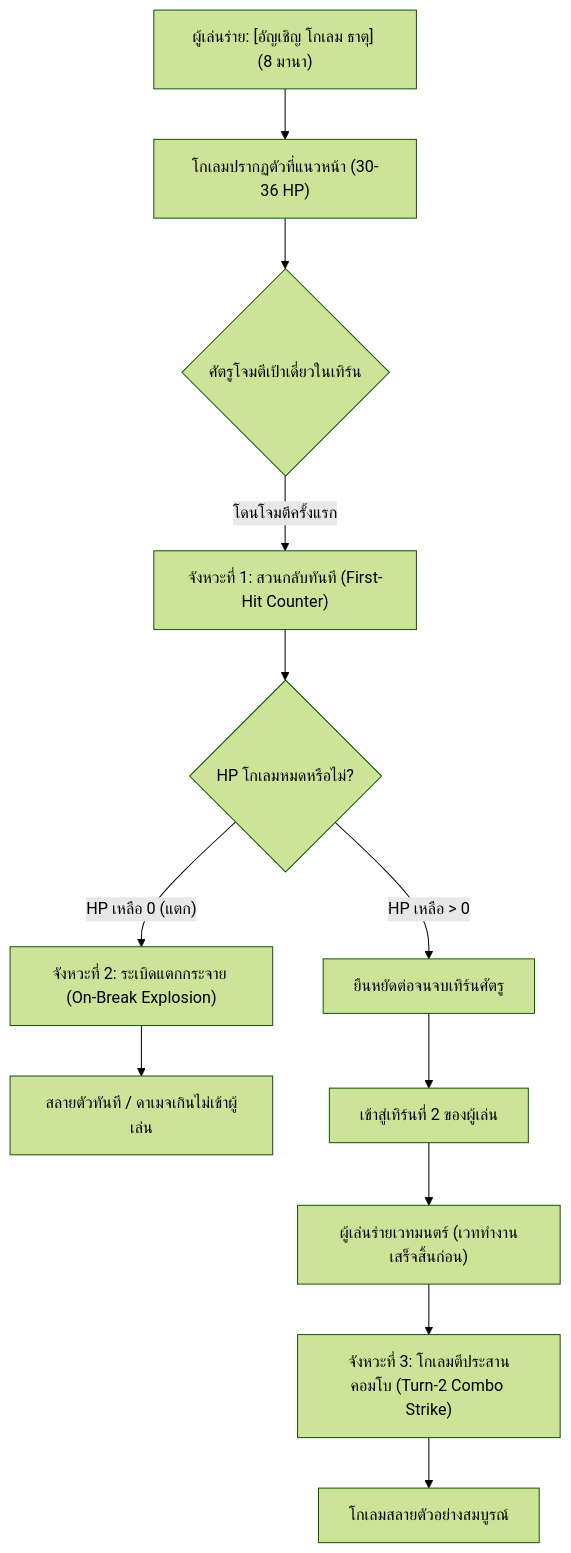
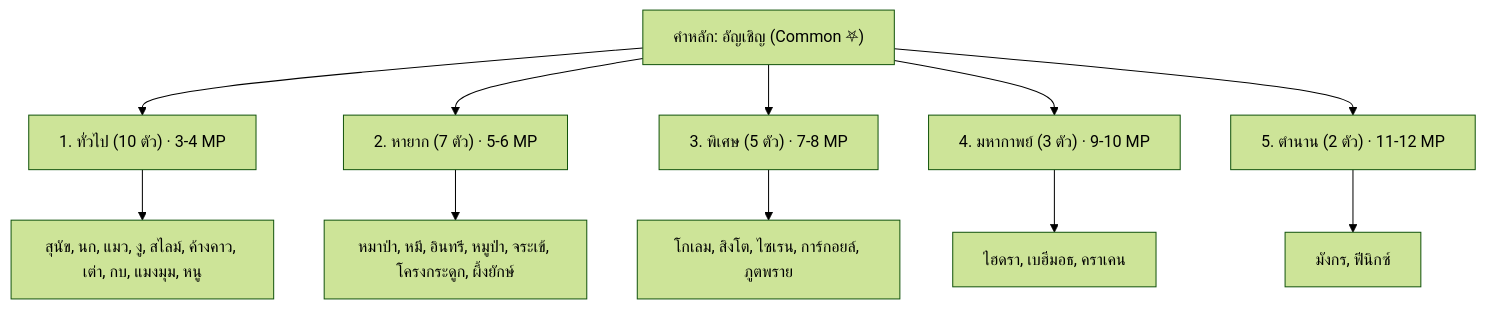
The diagram in DESIGN_SUMMON_SYSTEM.md (tjiravallop/Spell-Project), drawn with Mermaid (forest theme) before and after one commit. The commit also changed other lines of this file and 1 other file, not shown here.

Commit message:
docs: expand summon system to 27 creatures and mana scaling rules

````diff
--- a/DESIGN_SUMMON_SYSTEM.md
+++ b/DESIGN_SUMMON_SYSTEM.md
@@ -86,14 +79,15 @@
 ```mermaid
-flowchart TD
-    A["ผู้เล่นร่าย: [อัญเชิญ โกเลม ธาตุ] (8 มานา)"] --> B["โกเลมปรากฏตัวที่แนวหน้า (30-36 HP)"]
-    B --> C{"ศัตรูโจมตีเป้าเดี่ยวในเทิร์น"}
-    C -->|"โดนโจมตีครั้งแรก"| D["จังหวะที่ 1: สวนกลับทันที (First-Hit Counter)"]
-    D --> E{"HP โกเลมหมดหรือไม่?"}
-    E -->|"HP เหลือ > 0"| F["ยืนหยัดต่อจนจบเทิร์นศัตรู"]
-    E -->|"HP เหลือ 0 (แตก)"| G["จังหวะที่ 2: ระเบิดแตกกระจาย (On-Break Explosion)"]
-    G --> H["สลายตัวทันที / ดาเมจเกินไม่เข้าผู้เล่น"]
-    F --> I["เข้าสู่เทิร์นที่ 2 ของผู้เล่น"]
-    I --> J["ผู้เล่นร่ายเวทมนตร์ (เวททำงานเสร็จสิ้นก่อน)"]
-    J --> K["จังหวะที่ 3: โกเลมตีประสานคอมโบ (Turn-2 Combo Strike)"]
-    K --> L["โกเลมสลายตัวอย่างสมบูรณ์"]
+graph TD
+    Summon["คำหลัก: อัญเชิญ (Common ⛧)"]
+    Summon --> Common["1. ทั่วไป (10 ตัว) · 3-4 MP"]
+    Summon --> Rare["2. หายาก (7 ตัว) · 5-6 MP"]
+    Summon --> Special["3. พิเศษ (5 ตัว) · 7-8 MP"]
+    Summon --> Epic["4. มหากาพย์ (3 ตัว) · 9-10 MP"]
+    Summon --> Legendary["5. ตำนาน (2 ตัว) · 11-12 MP"]
+    
+    Common --> C_List["สุนัข, นก, แมว, งู, สไลม์, ค้างคาว, เต่า, กบ, แมงมุม, หนู"]
+    Rare --> R_List["หมาป่า, หมี, อินทรี, หมูป่า, จระเข้, โครงกระดูก, ผึ้งยักษ์"]
+    Special --> S_List["โกเลม, สิงโต, ไซเรน, การ์กอยล์, ภูตพราย"]
+    Epic --> E_List["ไฮดรา, เบฮีมอธ, คราเคน"]
+    Legendary --> L_List["มังกร, ฟีนิกซ์"]
 ```
````
